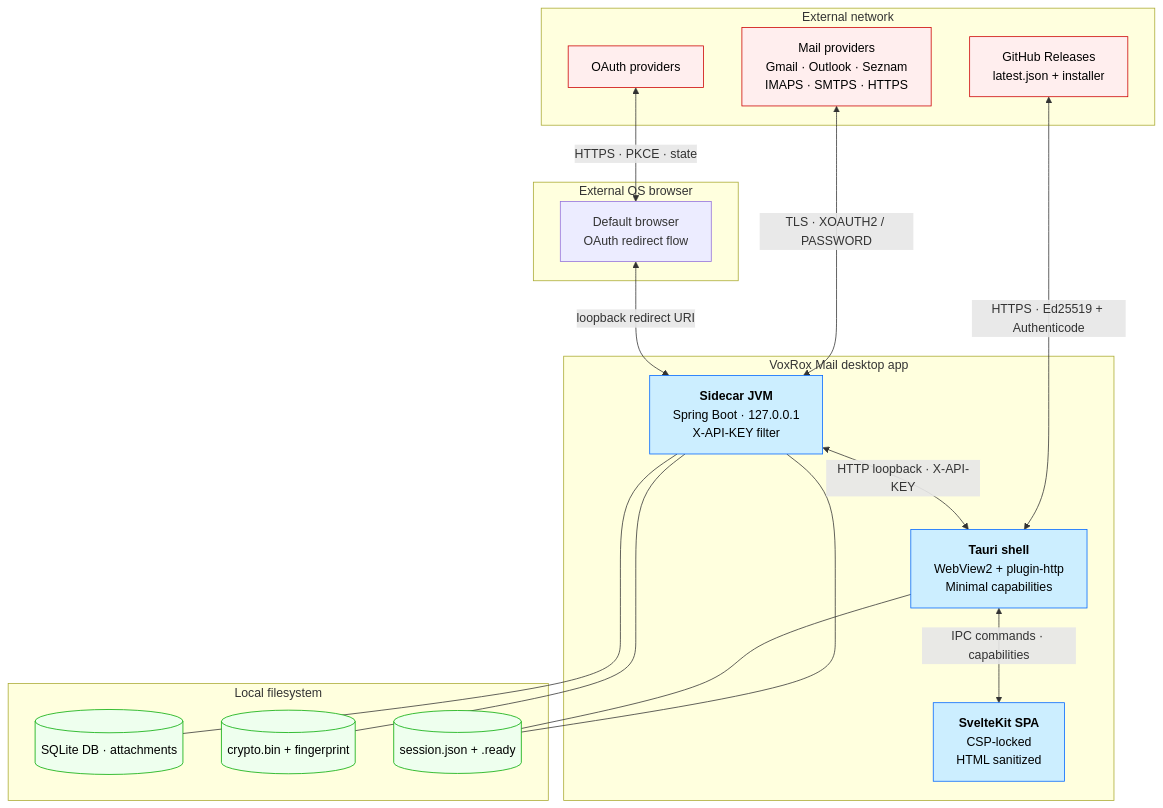
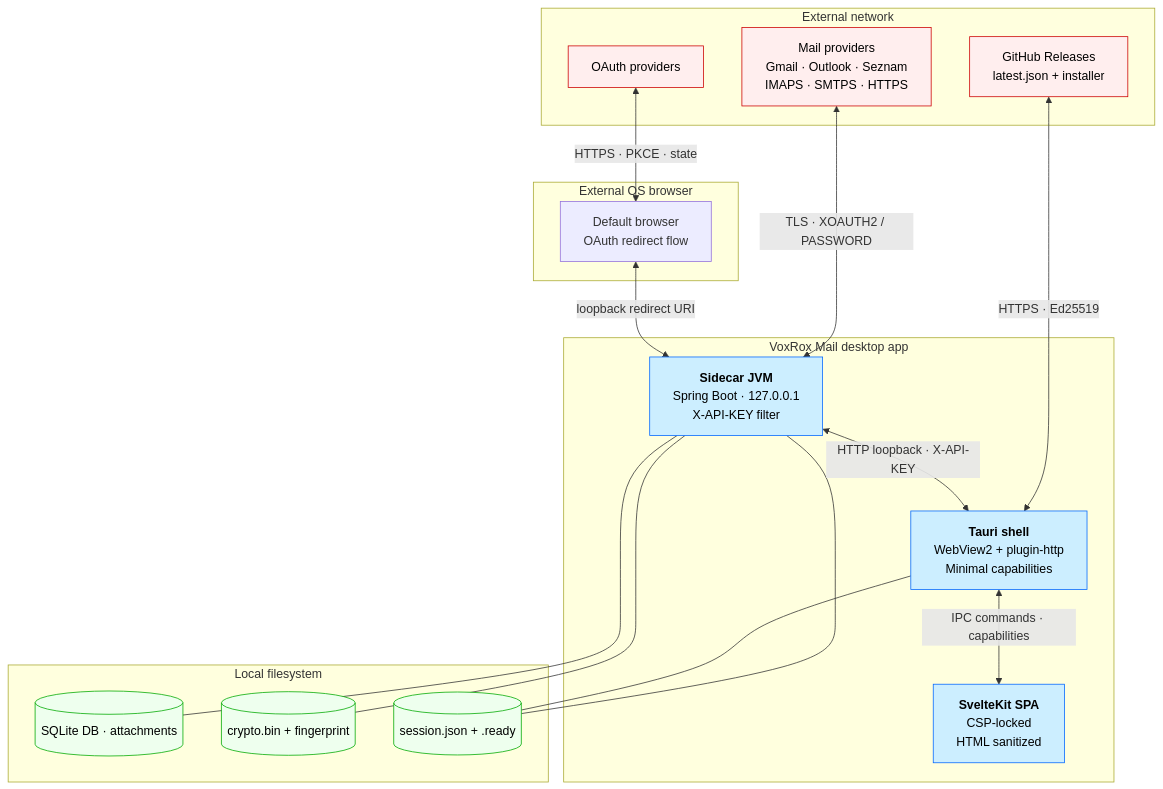
Before and after one commit to TheVoxRox/mail: the diagram in SECURITY_THREAT_MODEL.md, drawn with Mermaid. The commit also changed other lines of this file and 3 other files, not shown here.

````diff
--- a/SECURITY_THREAT_MODEL.md
+++ b/SECURITY_THREAT_MODEL.md
@@ -64,44 +64,44 @@
 ```mermaid
 flowchart TB
     subgraph EXT["External network"]
         MAIL[Mail providers<br/>Gmail · Outlook · Seznam<br/>IMAPS · SMTPS · HTTPS]
         OAUTH[OAuth providers]
         UPD[GitHub Releases<br/>latest.json + installer]
     end
 
     subgraph BROWSER["External OS browser"]
         BR[Default browser<br/>OAuth redirect flow]
     end
 
     subgraph DESKTOP["VoxRox Mail desktop app"]
         SIDECAR["<b>Sidecar JVM</b><br/>Spring Boot · 127.0.0.1<br/>X-API-KEY filter"]
         TAURI["<b>Tauri shell</b><br/>WebView2 + plugin-http<br/>Minimal capabilities"]
         SPA["<b>SvelteKit SPA</b><br/>CSP-locked<br/>HTML sanitized"]
     end
 
     subgraph FS["Local filesystem"]
         DB[(SQLite DB · attachments)]
         CRYPTO[(crypto.bin + fingerprint)]
         SESSION[(session.json + .ready)]
     end
 
     MAIL <-->|TLS · XOAUTH2 / PASSWORD| SIDECAR
     OAUTH <-->|HTTPS · PKCE · state| BR
     BR <-->|loopback redirect URI| SIDECAR
-    UPD <-->|HTTPS · Ed25519 + Authenticode| TAURI
+    UPD <-->|HTTPS · Ed25519| TAURI
 
     SIDECAR <-->|HTTP loopback · X-API-KEY| TAURI
     TAURI <-->|IPC commands · capabilities| SPA
 
     SIDECAR --- CRYPTO
     SIDECAR --- DB
     SIDECAR --- SESSION
     TAURI --- SESSION
 
     classDef ext fill:#fee,stroke:#c00,color:#000
     classDef app fill:#cef,stroke:#06f,color:#000
     classDef fs fill:#efe,stroke:#0a0,color:#000
     class MAIL,OAUTH,UPD ext
     class SIDECAR,TAURI,SPA app
     class DB,CRYPTO,SESSION fs
 ```
````
